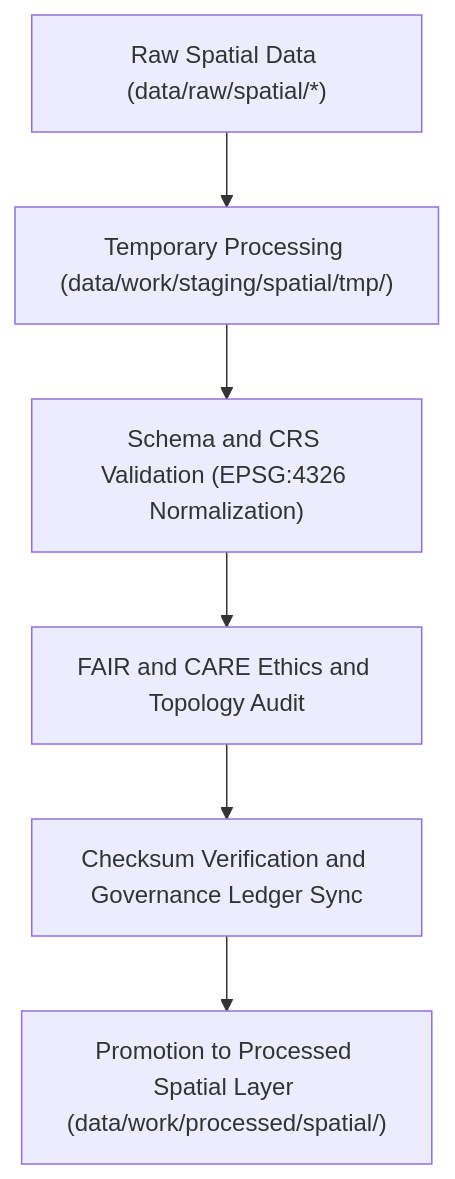
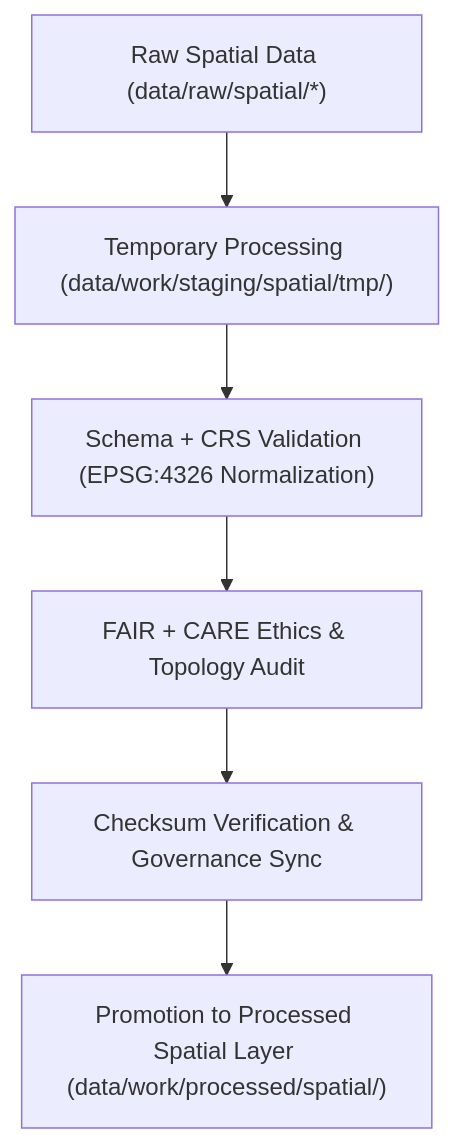
The diagram in data/work/staging/spatial/README.md (bartytime4life/Kansas-Frontier-Matrix), drawn with Mermaid before and after one commit. The commit also changed other lines of this file, not shown here.

````diff
--- a/data/work/staging/spatial/README.md
+++ b/data/work/staging/spatial/README.md
@@ -75,8 +78,8 @@
 ```mermaid
 flowchart TD
     A["Raw Spatial Data (data/raw/spatial/*)"] --> B["Temporary Processing (data/work/staging/spatial/tmp/)"]
-    B --> C["Schema and CRS Validation (EPSG:4326 Normalization)"]
-    C --> D["FAIR and CARE Ethics and Topology Audit"]
-    D --> E["Checksum Verification and Governance Ledger Sync"]
+    B --> C["Schema + CRS Validation (EPSG:4326 Normalization)"]
+    C --> D["FAIR + CARE Ethics & Topology Audit"]
+    D --> E["Checksum Verification & Governance Sync"]
     E --> F["Promotion to Processed Spatial Layer (data/work/processed/spatial/)"]
 ```
````
